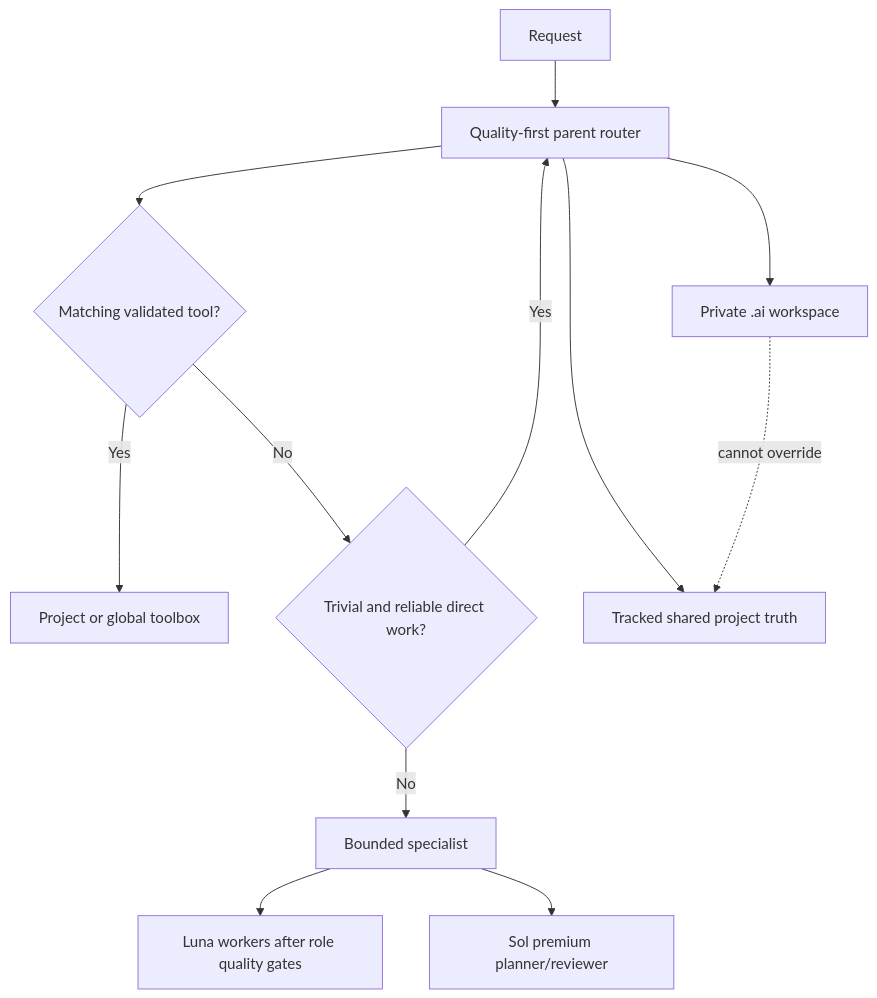
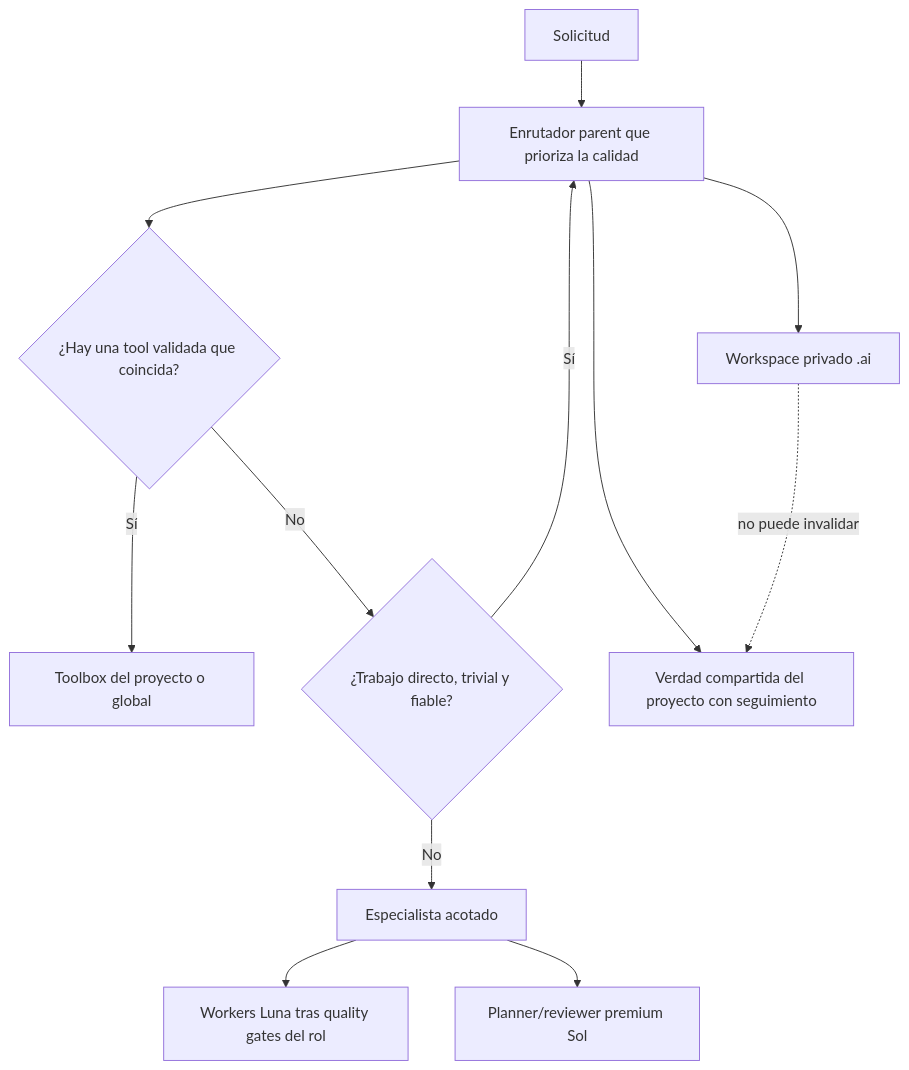
Before and after one commit to der-kaffe/bio-harness: the diagram in staging/README.md, drawn with Mermaid. The commit also changed other lines of this file and 27 other files, not shown here.

````diff
--- a/staging/README.md
+++ b/staging/README.md
@@ -5,14 +5,14 @@
 ```mermaid
 flowchart TD
-    R[Request] --> O[Quality-first parent router]
-    O --> T{Matching validated tool?}
-    T -->|Yes| TB[Project or global toolbox]
-    T -->|No| D{Trivial and reliable direct work?}
-    D -->|Yes| O
-    D -->|No| A[Bounded specialist]
-    A --> L[Luna workers after role quality gates]
-    A --> S[Sol premium planner/reviewer]
-    O --> P[Private .ai workspace]
-    O --> H[Tracked shared project truth]
-    P -. cannot override .-> H
+    R[Solicitud] --> O[Enrutador parent que prioriza la calidad]
+    O --> T{¿Hay una tool validada que coincida?}
+    T -->|Sí| TB[Toolbox del proyecto o global]
+    T -->|No| D{¿Trabajo directo, trivial y fiable?}
+    D -->|Sí| O
+    D -->|No| A[Especialista acotado]
+    A --> L[Workers Luna tras quality gates del rol]
+    A --> S[Planner/reviewer premium Sol]
+    O --> P[Workspace privado .ai]
+    O --> H[Verdad compartida del proyecto con seguimiento]
+    P -. no puede invalidar .-> H
 ```
````
